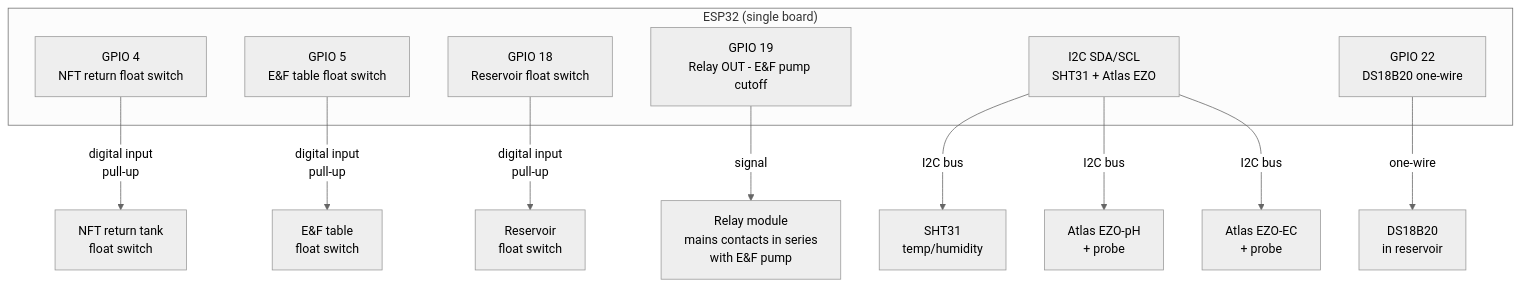
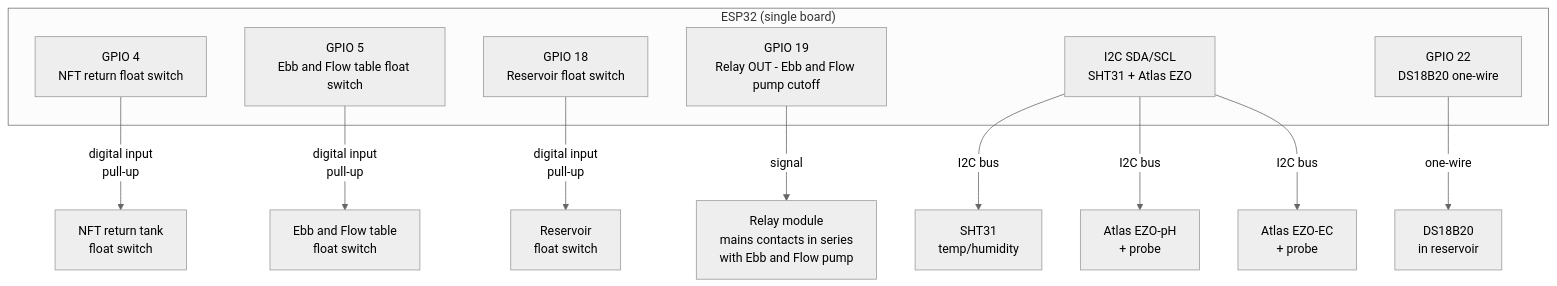
One commit to UncleJS/guide_hydroponics changed the second of 3 diagrams in guide/compare/03-automation.md. Above: the diagram before and after it, drawn with Mermaid (neutral theme). The commit also changed other lines of this file and 11 other files, not shown here.

````diff
--- a/guide/compare/03-automation.md
+++ b/guide/compare/03-automation.md
@@ -429,19 +429,19 @@
 ```mermaid
 graph TD
   subgraph ESP32["ESP32 (single board)"]
     G1[GPIO 4<br/>NFT return float switch]
-    G2[GPIO 5<br/>E&F table float switch]
+    G2[GPIO 5<br/>Ebb and Flow table float switch]
     G3[GPIO 18<br/>Reservoir float switch]
-    G4[GPIO 19<br/>Relay OUT - E&F pump cutoff]
+    G4[GPIO 19<br/>Relay OUT - Ebb and Flow pump cutoff]
     G5[I2C SDA/SCL<br/>SHT31 + Atlas EZO]
     G6[GPIO 22<br/>DS18B20 one-wire]
   end
   G1 -->|digital input<br/>pull-up| F1[NFT return tank<br/>float switch]
-  G2 -->|digital input<br/>pull-up| F2[E&F table<br/>float switch]
+  G2 -->|digital input<br/>pull-up| F2[Ebb and Flow table<br/>float switch]
   G3 -->|digital input<br/>pull-up| F3[Reservoir<br/>float switch]
-  G4 -->|signal| R1[Relay module<br/>mains contacts in series<br/>with E&F pump]
+  G4 -->|signal| R1[Relay module<br/>mains contacts in series<br/>with Ebb and Flow pump]
   G5 -->|I2C bus| S1[SHT31<br/>temp/humidity]
   G5 -->|I2C bus| S2[Atlas EZO-pH<br/>+ probe]
   G5 -->|I2C bus| S3[Atlas EZO-EC<br/>+ probe]
   G6 -->|one-wire| S4[DS18B20<br/>in reservoir]
 ```
````
